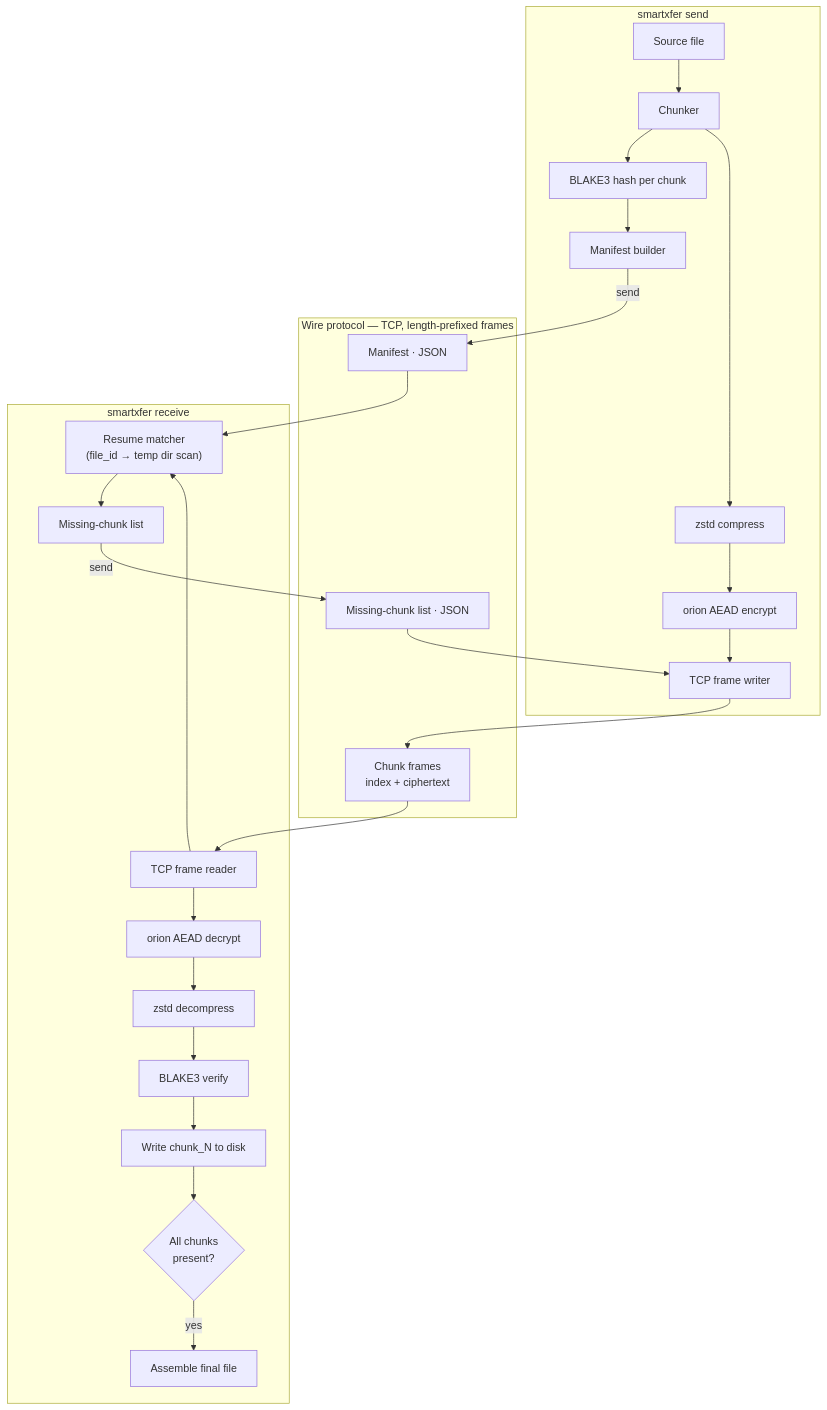
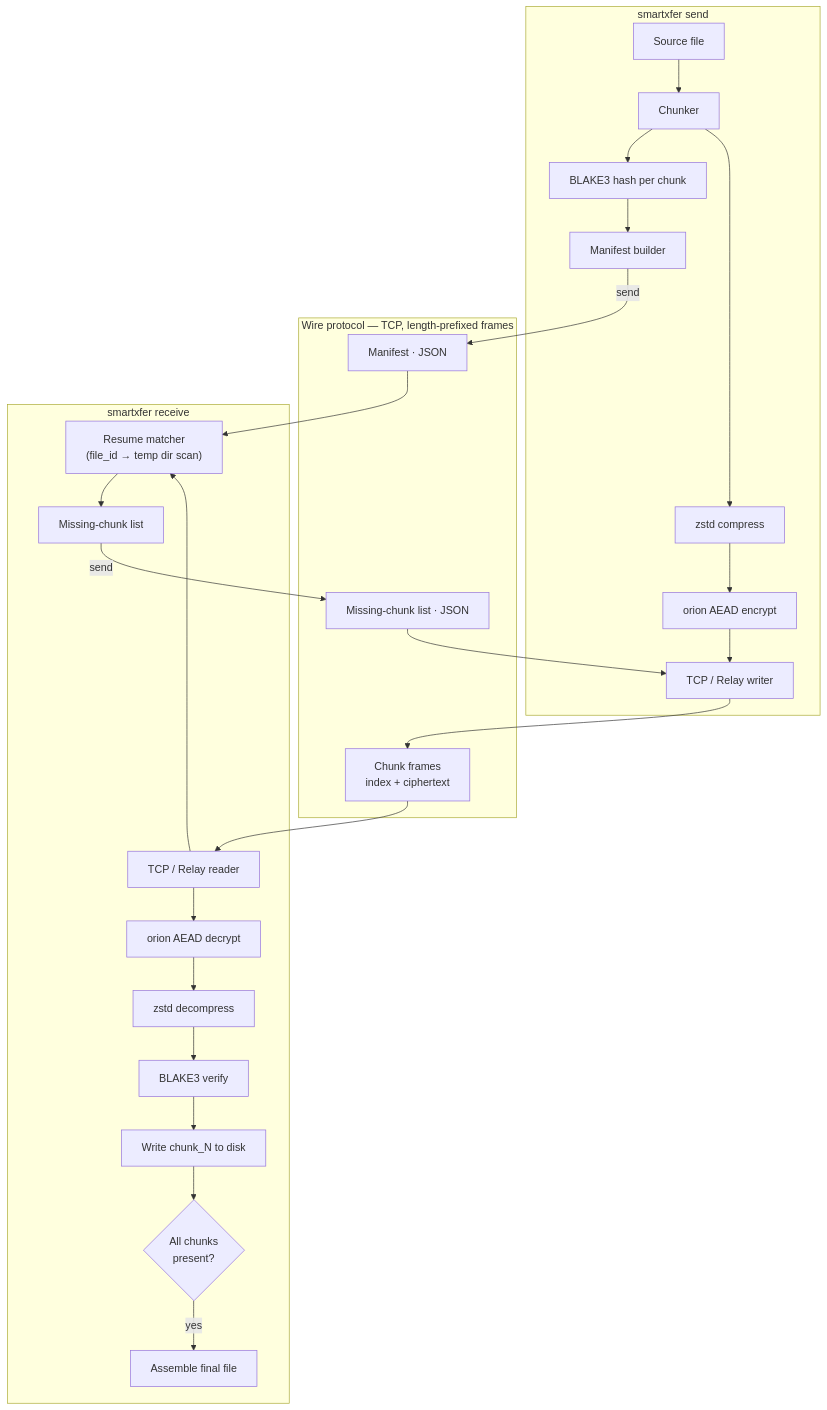
The third of 5 diagrams in README.md (Sonalhegde/durasend), drawn with Mermaid before and after one commit. The commit also changed other lines of this file and 5 other files, not shown here.

````diff
--- a/README.md
+++ b/README.md
@@ -55,35 +121,35 @@
 ```mermaid
 flowchart TB
     subgraph Sender["smartxfer send"]
         A[Source file] --> B[Chunker]
         B --> C[BLAKE3 hash per chunk]
         C --> D[Manifest builder]
         B --> E[zstd compress]
         E --> F[orion AEAD encrypt]
-        F --> G[TCP frame writer]
+        F --> G[TCP / Relay writer]
     end
 
     subgraph Wire["Wire protocol — TCP, length-prefixed frames"]
         H1["Manifest · JSON"]
         H2["Missing-chunk list · JSON"]
         H3["Chunk frames<br/>index + ciphertext"]
     end
 
     subgraph Receiver["smartxfer receive"]
-        I[TCP frame reader] --> J["Resume matcher<br/>(file_id → temp dir scan)"]
+        I[TCP / Relay reader] --> J["Resume matcher<br/>(file_id → temp dir scan)"]
         J --> K[Missing-chunk list]
         I --> L[orion AEAD decrypt]
         L --> M[zstd decompress]
         M --> N[BLAKE3 verify]
         N --> O[Write chunk_N to disk]
         O --> P{"All chunks<br/>present?"}
         P -- yes --> Q[Assemble final file]
     end
 
     D -- send --> H1
     H1 --> J
     K -- send --> H2
     H2 --> G
     G --> H3
     H3 --> I
 ```
````
